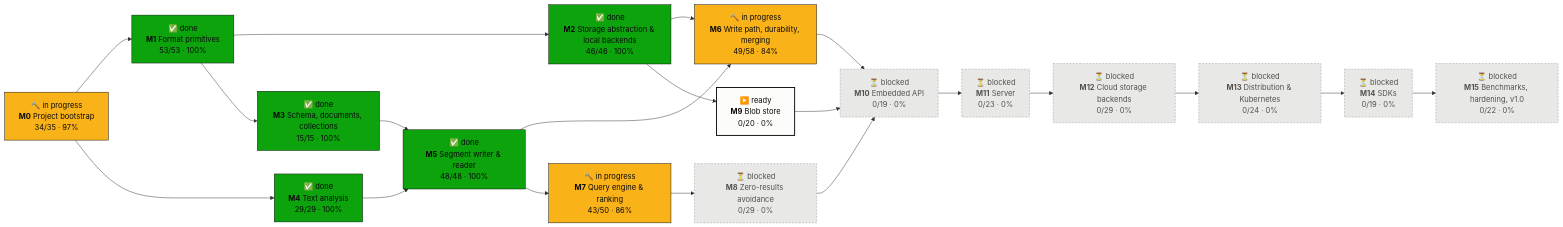
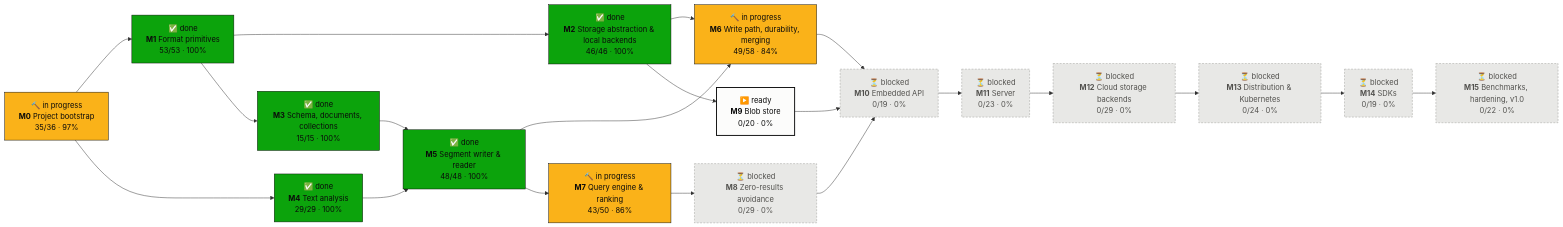
Before and after one commit to tomiok/persiaDB: the first of 2 diagrams in PROGRESS.md, drawn with Mermaid. The commit also changed other lines of this file and 8 other files, not shown here.

First line of the commit message:
Miri job under its timeout again; guard just miri's filters (ROADMAP 0.6.9) (#70)

````diff
--- a/PROGRESS.md
+++ b/PROGRESS.md
@@ -16,42 +16,42 @@
 ```mermaid
 flowchart LR
-  M0["🔨 in progress<br/><b>M0</b> Project bootstrap<br/>34/35 · 97%"]:::doing
+  M0["🔨 in progress<br/><b>M0</b> Project bootstrap<br/>35/36 · 97%"]:::doing
   M1["✅ done<br/><b>M1</b> Format primitives<br/>53/53 · 100%"]:::done
   M2["✅ done<br/><b>M2</b> Storage abstraction & local backends<br/>46/46 · 100%"]:::done
   M3["✅ done<br/><b>M3</b> Schema, documents, collections<br/>15/15 · 100%"]:::done
   M4["✅ done<br/><b>M4</b> Text analysis<br/>29/29 · 100%"]:::done
   M5["✅ done<br/><b>M5</b> Segment writer & reader<br/>48/48 · 100%"]:::done
   M6["🔨 in progress<br/><b>M6</b> Write path, durability, merging<br/>49/58 · 84%"]:::doing
   M7["🔨 in progress<br/><b>M7</b> Query engine & ranking<br/>43/50 · 86%"]:::doing
   M8["⏳ blocked<br/><b>M8</b> Zero-results avoidance<br/>0/29 · 0%"]:::blocked
   M9["▶️ ready<br/><b>M9</b> Blob store<br/>0/20 · 0%"]:::ready
   M10["⏳ blocked<br/><b>M10</b> Embedded API<br/>0/19 · 0%"]:::blocked
   M11["⏳ blocked<br/><b>M11</b> Server<br/>0/23 · 0%"]:::blocked
   M12["⏳ blocked<br/><b>M12</b> Cloud storage backends<br/>0/29 · 0%"]:::blocked
   M13["⏳ blocked<br/><b>M13</b> Distribution & Kubernetes<br/>0/24 · 0%"]:::blocked
   M14["⏳ blocked<br/><b>M14</b> SDKs<br/>0/19 · 0%"]:::blocked
   M15["⏳ blocked<br/><b>M15</b> Benchmarks, hardening, v1.0<br/>0/22 · 0%"]:::blocked
   M0 --> M1
   M1 --> M2
   M1 --> M3
   M0 --> M4
   M3 --> M5
   M4 --> M5
   M2 --> M6
   M5 --> M6
   M5 --> M7
   M7 --> M8
   M2 --> M9
   M6 --> M10
   M8 --> M10
   M9 --> M10
   M10 --> M11
   M11 --> M12
   M12 --> M13
   M13 --> M14
   M14 --> M15
   classDef done fill:#0ca30c,stroke:#0b0b0b,color:#0b0b0b
   classDef doing fill:#fab219,stroke:#0b0b0b,color:#0b0b0b
   classDef ready fill:#fcfcfb,stroke:#0b0b0b,stroke-width:2px,color:#0b0b0b
   classDef blocked fill:#e8e8e6,stroke:#9a9a96,stroke-dasharray:4 3,color:#52514e
 ```
````
